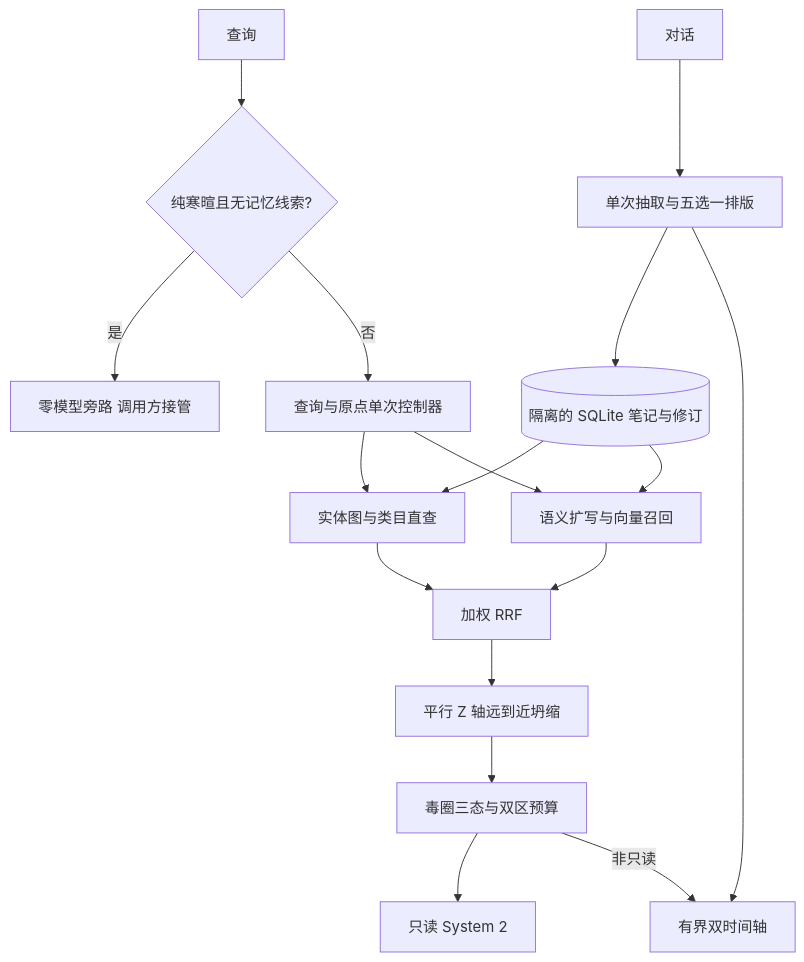
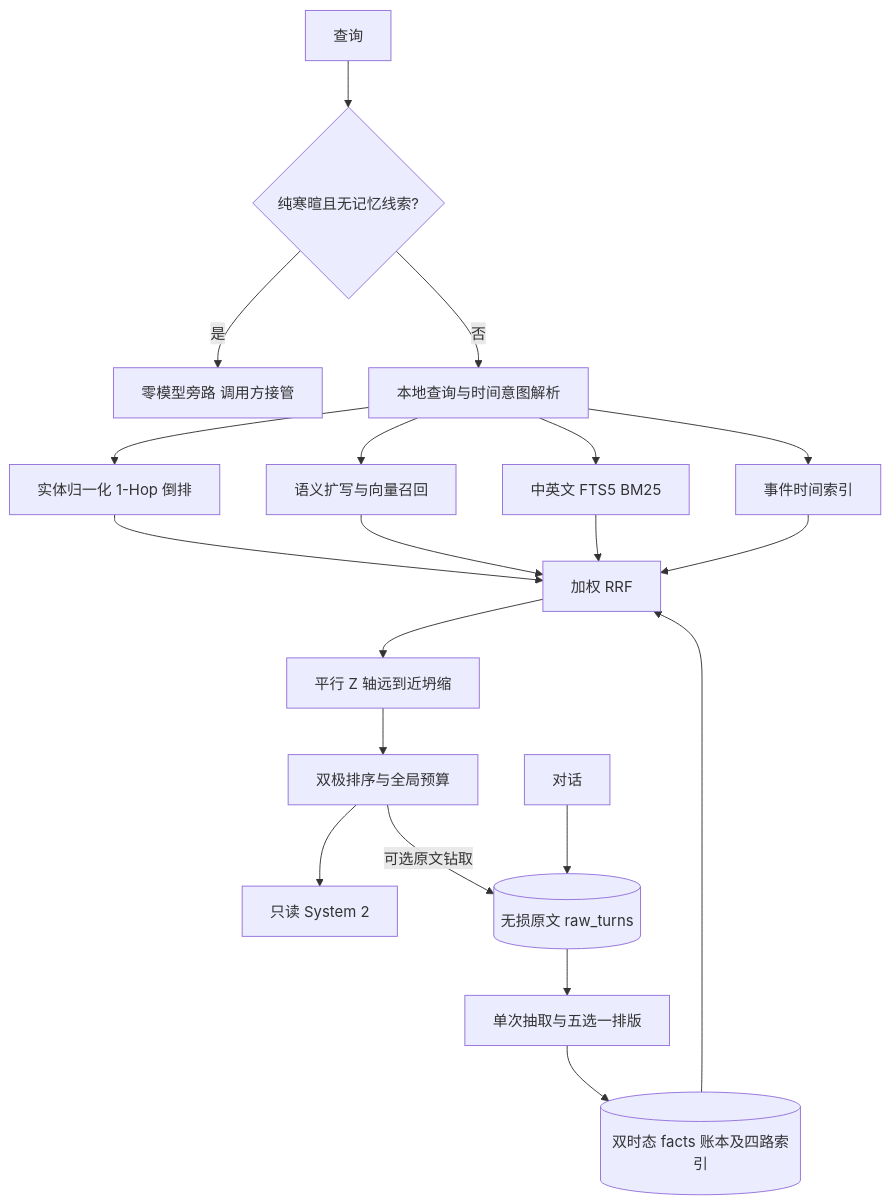
The diagram in README.md (songhangze985-eng/agent-memory-engine), drawn with Mermaid before and after one commit. The commit also changed other lines of this file and 35 other files, not shown here.

````diff
--- a/README.md
+++ b/README.md
@@ -7,19 +7,22 @@
 ```mermaid
 flowchart TD
   Q[查询] --> R{纯寒暄且无记忆线索?}
   R -->|是| B[零模型旁路 调用方接管]
-  R -->|否| C[查询与原点单次控制器]
-  C --> H[实体图与类目直查]
+  R -->|否| C[本地查询与时间意图解析]
+  C --> H[实体归一化 1-Hop 倒排]
   C --> V[语义扩写与向量召回]
+  C --> X[中英文 FTS5 BM25]
+  C --> E[事件时间索引]
   H --> F[加权 RRF]
   V --> F
+  X --> F
+  E --> F
   F --> Z[平行 Z 轴远到近坍缩]
-  Z --> P[毒圈三态与双区预算]
+  Z --> P[双极排序与全局预算]
   P --> S[只读 System 2]
-  T[对话] --> W[单次抽取与五选一排版]
-  W --> D[(隔离的 SQLite 笔记与修订)]
-  D --> H
-  D --> V
-  W --> L[有界双时间轴]
-  P -->|非只读| L
+  T[对话] --> U[(无损原文 raw_turns)]
+  U --> W[单次抽取与五选一排版]
+  W --> D[(双时态 facts 账本及四路索引)]
+  D --> F
+  P -->|可选原文钻取| U
 ```
````
